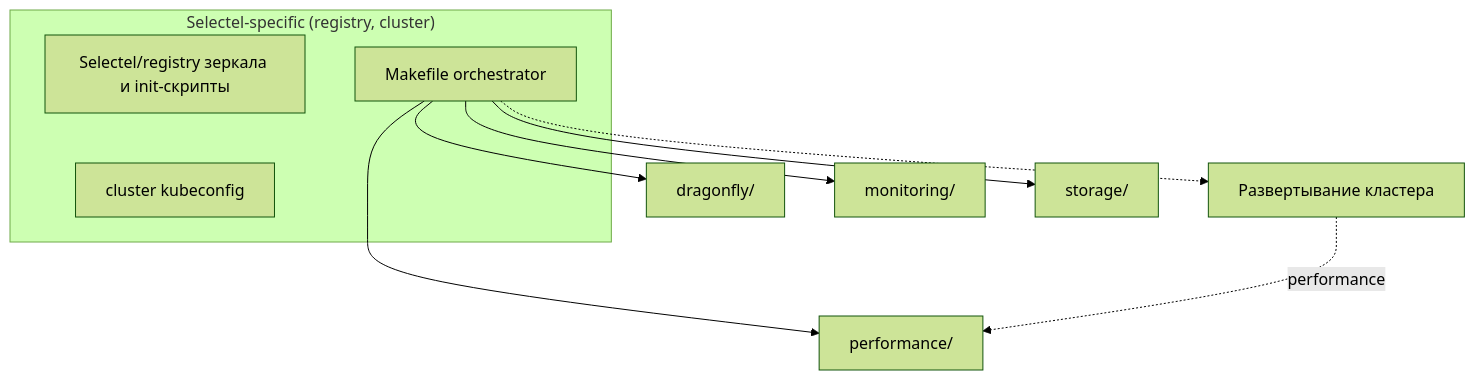
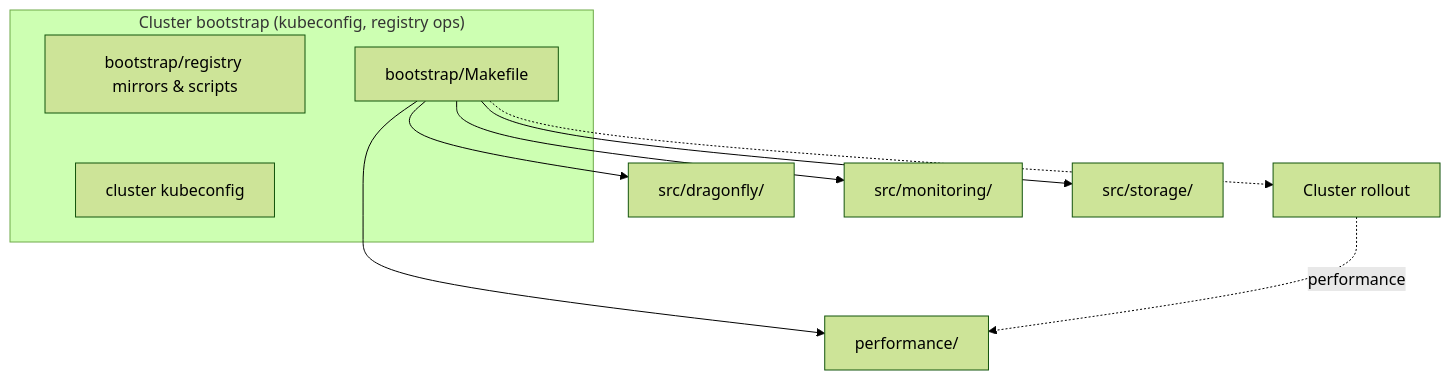
One commit to UsatovPavel/RIID changed the first of 2 diagrams in deploy/k8s/README.md. Above: the diagram before and after it, drawn with Mermaid (forest theme). The commit also changed other lines of this file and 52 other files, not shown here.

````diff
--- a/deploy/k8s/README.md
+++ b/deploy/k8s/README.md
@@ -6,19 +8,19 @@
 ```mermaid
 flowchart TB
-  subgraph SE["Selectel-specific (registry, cluster)"]
-    MK[Makefile orchestrator]
-    REG[Selectel/registry зеркала и init-скрипты]
+  subgraph SE["Cluster bootstrap (kubeconfig, registry ops)"]
+    MK[bootstrap/Makefile]
+    REG[bootstrap/registry mirrors & scripts]
     CFG[cluster kubeconfig]
     REG ~~~ CFG
   end
 
-  MK --> DF["dragonfly/"]
-  MK --> MO["monitoring/"]
-  MK --> STO["storage/"]
+  MK --> DF["src/dragonfly/"]
+  MK --> MO["src/monitoring/"]
+  MK --> STO["src/storage/"]
   MK --> PERF["performance/"]
 
-  BASE["Развертывание кластера"]
+  BASE["Cluster rollout"]
 
   MK -.-> BASE
   BASE -. "performance" .-> PERF
 ```
````
